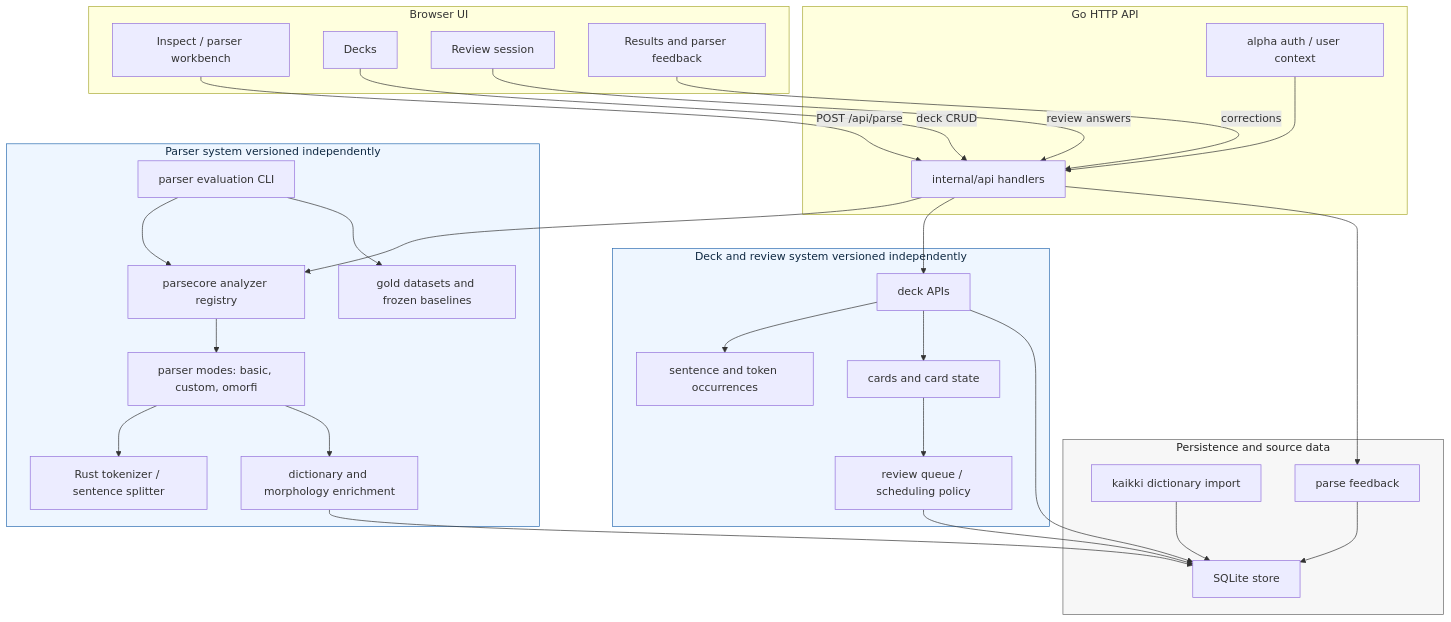
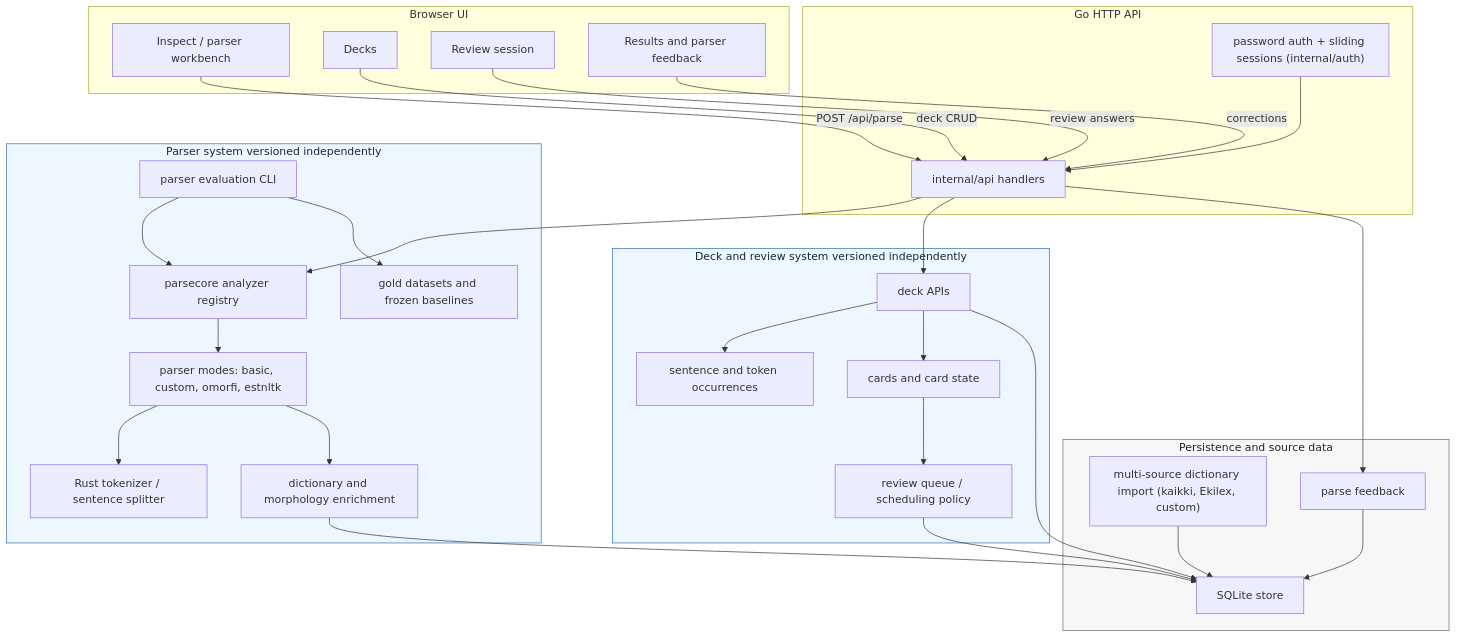
Before and after one commit to sagarinbabel/finnestdb: the diagram in ARCHITECTURE.md, drawn with Mermaid. The commit also changed other lines of this file and 2 other files, not shown here.

First line of the commit message:
Refresh README, ARCHITECTURE, and CHANGELOG for PRs since #62

````diff
--- a/ARCHITECTURE.md
+++ b/ARCHITECTURE.md
@@ -39,65 +61,65 @@
 ```mermaid
 flowchart TB
   subgraph Client["Browser UI"]
     Inspect["Inspect / parser workbench"]
     Decks["Decks"]
     Review["Review session"]
     Results["Results and parser feedback"]
   end
 
   subgraph API["Go HTTP API"]
     Handlers["internal/api handlers"]
-    Auth["alpha auth / user context"]
+    Auth["password auth + sliding sessions (internal/auth)"]
   end
 
   subgraph ParserSystem["Parser system versioned independently"]
     ParseCore["parsecore analyzer registry"]
-    ParserModes["parser modes: basic, custom, omorfi"]
+    ParserModes["parser modes: basic, custom, omorfi, estnltk"]
     RustParser["Rust tokenizer / sentence splitter"]
     Enrichment["dictionary and morphology enrichment"]
     ParserEval["parser evaluation CLI"]
     GoldData["gold datasets and frozen baselines"]
   end
 
   subgraph DeckReviewSystem["Deck and review system versioned independently"]
     DeckService["deck APIs"]
     Occurrences["sentence and token occurrences"]
     Cards["cards and card state"]
     Scheduler["review queue / scheduling policy"]
   end
 
   subgraph Data["Persistence and source data"]
     Store["SQLite store"]
-    Dict["kaikki dictionary import"]
+    Dict["multi-source dictionary import (kaikki, Ekilex, custom)"]
     Feedback["parse feedback"]
   end
 
   Inspect -->|"POST /api/parse"| Handlers
   Results -->|"corrections"| Handlers
   Decks -->|"deck CRUD"| Handlers
   Review -->|"review answers"| Handlers
   Auth --> Handlers
 
   Handlers --> ParseCore
   ParseCore --> ParserModes
   ParserModes --> RustParser
   ParserModes --> Enrichment
   Enrichment --> Store
   Dict --> Store
   ParserEval --> ParseCore
   ParserEval --> GoldData
 
   Handlers --> DeckService
   DeckService --> Occurrences
   DeckService --> Cards
   Cards --> Scheduler
   DeckService --> Store
   Scheduler --> Store
   Handlers --> Feedback
   Feedback --> Store
 
   classDef versioned fill:#eef6ff,stroke:#2b6cb0,color:#102a43
   classDef data fill:#f7f7f7,stroke:#666,color:#222
   class ParserSystem,DeckReviewSystem versioned
   class Data data
 ```
````
